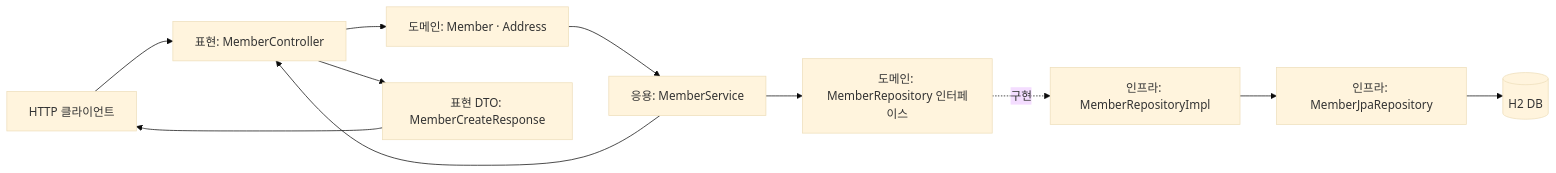
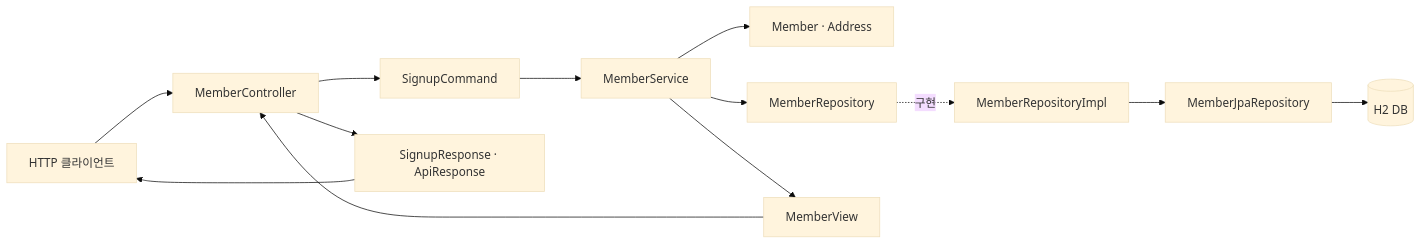
The diagram in README.md (Kiim-Miin-Su/ddd-practice), drawn with Mermaid (base theme) before and after one commit. The commit also changed other lines of this file and 16 other files, not shown here.

````diff
--- a/README.md
+++ b/README.md
@@ -69,13 +74,15 @@
 ```mermaid
 flowchart LR
-    Client[HTTP 클라이언트] --> Controller[표현: MemberController]
-    Controller --> Domain[도메인: Member · Address]
-    Domain --> Service[응용: MemberService]
-    Service --> Port[도메인: MemberRepository 인터페이스]
-    Port -. 구현 .-> Adapter[인프라: MemberRepositoryImpl]
-    Adapter --> Jpa[인프라: MemberJpaRepository]
+    Client[HTTP 클라이언트] --> Controller[MemberController]
+    Controller --> Command[SignupCommand]
+    Command --> Service[MemberService]
+    Service --> Domain[Member · Address]
+    Service --> Port[MemberRepository]
+    Port -. 구현 .-> Adapter[MemberRepositoryImpl]
+    Adapter --> Jpa[MemberJpaRepository]
     Jpa --> DB[(H2 DB)]
-    Service --> Controller
-    Controller --> Response[표현 DTO: MemberCreateResponse]
+    Service --> View[MemberView]
+    View --> Controller
+    Controller --> Response[SignupResponse · ApiResponse]
     Response --> Client
 ```
````
